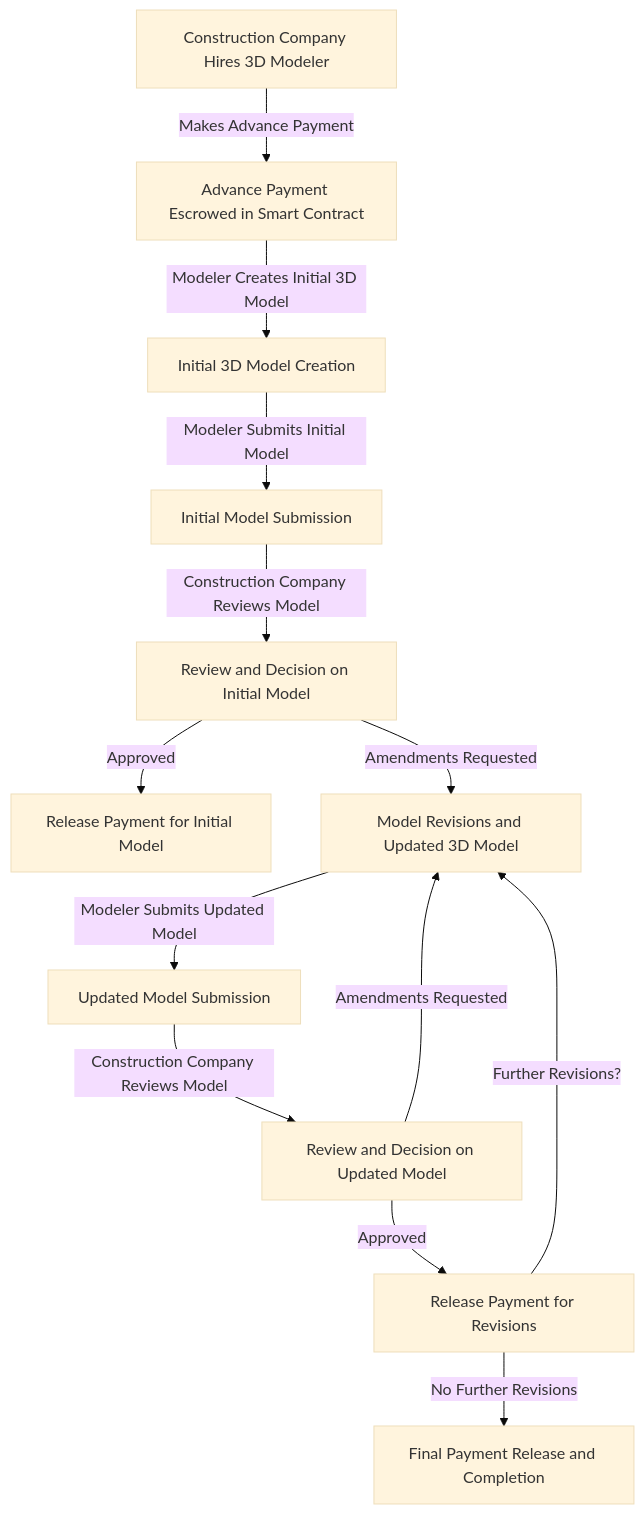
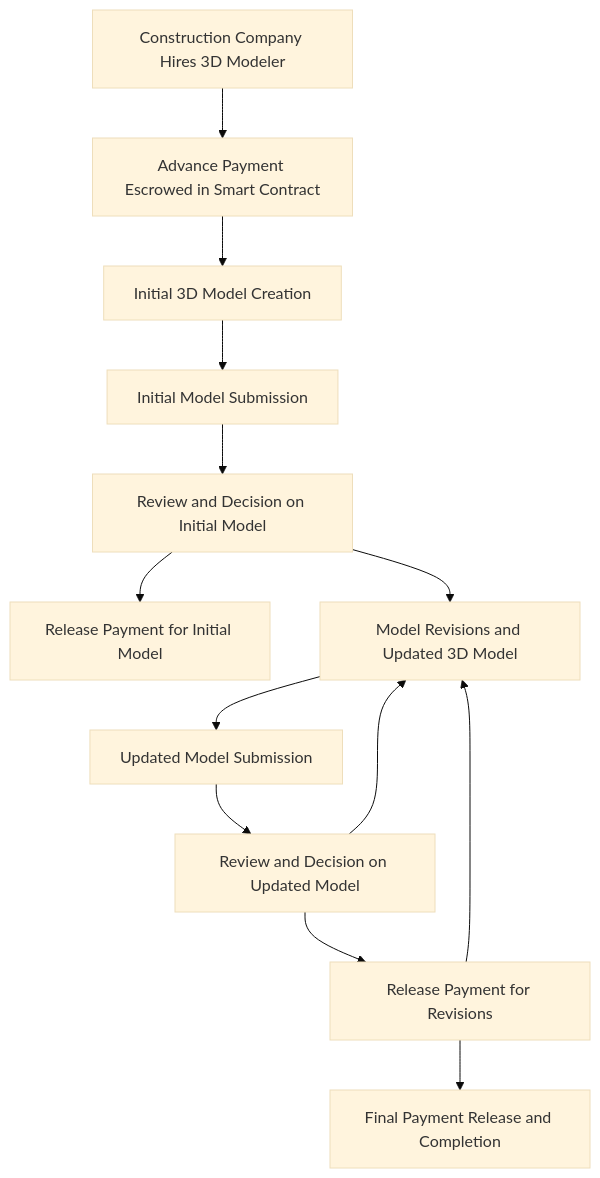
One commit to Vibhu315/Techfour-hackout-23 changed the first of 3 diagrams in README.md. Above: the diagram before and after it, drawn with Mermaid (base theme). The commit also changed other lines of this file, not shown here.

````diff
--- a/README.md
+++ b/README.md
@@ -21,15 +21,15 @@
 ```mermaid
 graph TD
-A[Construction Company Hires 3D Modeler] -->|Makes Advance Payment| B[Advance Payment Escrowed in Smart Contract]
-B -->|Modeler Creates Initial 3D Model| C[Initial 3D Model Creation]
-C -->|Modeler Submits Initial Model| D[Initial Model Submission]
-D -->|Construction Company Reviews Model| E[Review and Decision on Initial Model]
-E -->|Approved| F[Release Payment for Initial Model]
-E -->|Amendments Requested| G[Model Revisions and Updated 3D Model]
-G -->|Modeler Submits Updated Model| H[Updated Model Submission]
-H -->|Construction Company Reviews Model| I[Review and Decision on Updated Model]
-I -->|Approved| J[Release Payment for Revisions]
-I -->|Amendments Requested| G
-J -->|Further Revisions?| G
-J -->|No Further Revisions| K[Final Payment Release and Completion]
+A[Construction Company Hires 3D Modeler] --> B[Advance Payment Escrowed in Smart Contract]
+B --> C[Initial 3D Model Creation]
+C --> D[Initial Model Submission]
+D --> E[Review and Decision on Initial Model]
+E --> F[Release Payment for Initial Model]
+E --> G[Model Revisions and Updated 3D Model]
+G --> H[Updated Model Submission]
+H --> I[Review and Decision on Updated Model]
+I --> J[Release Payment for Revisions]
+I --> G
+J --> G
+J --> K[Final Payment Release and Completion]
 ```
````
